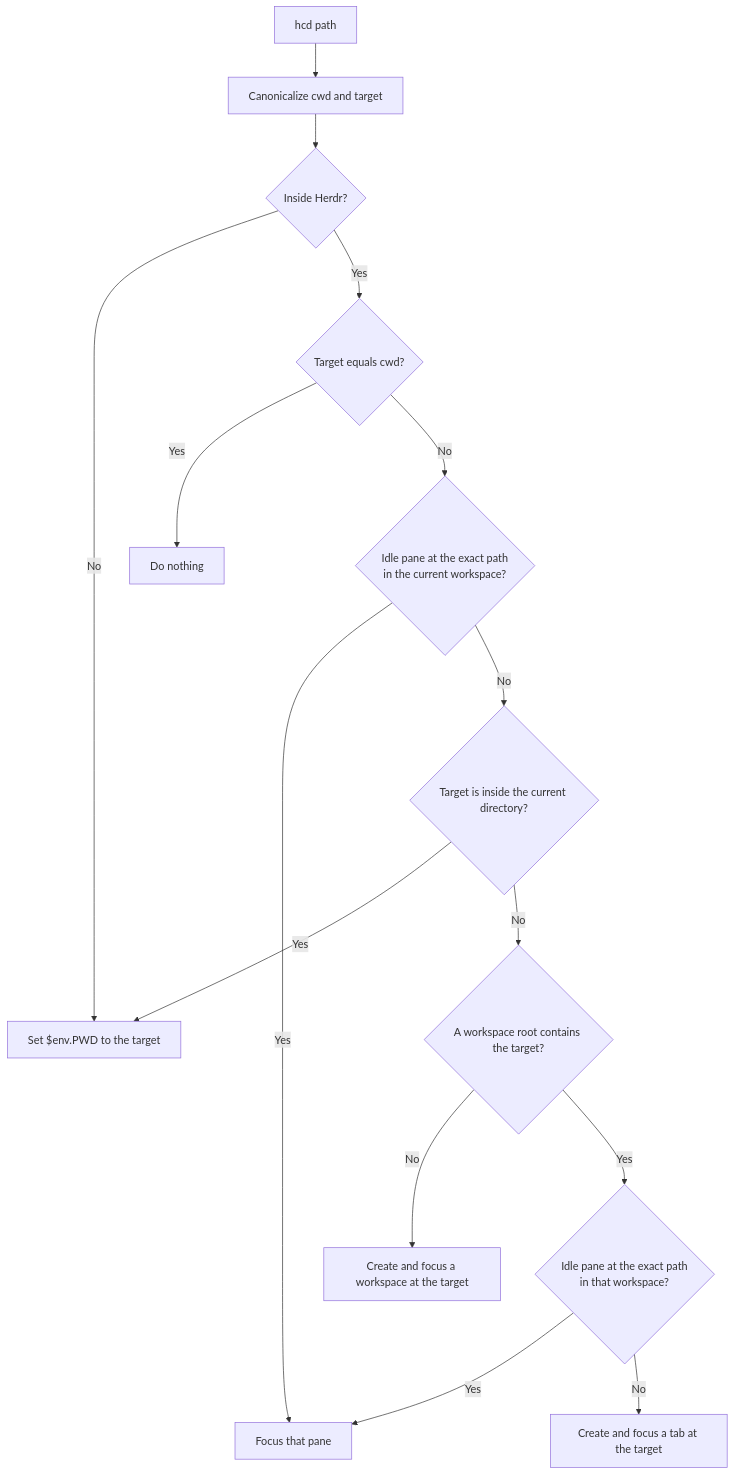
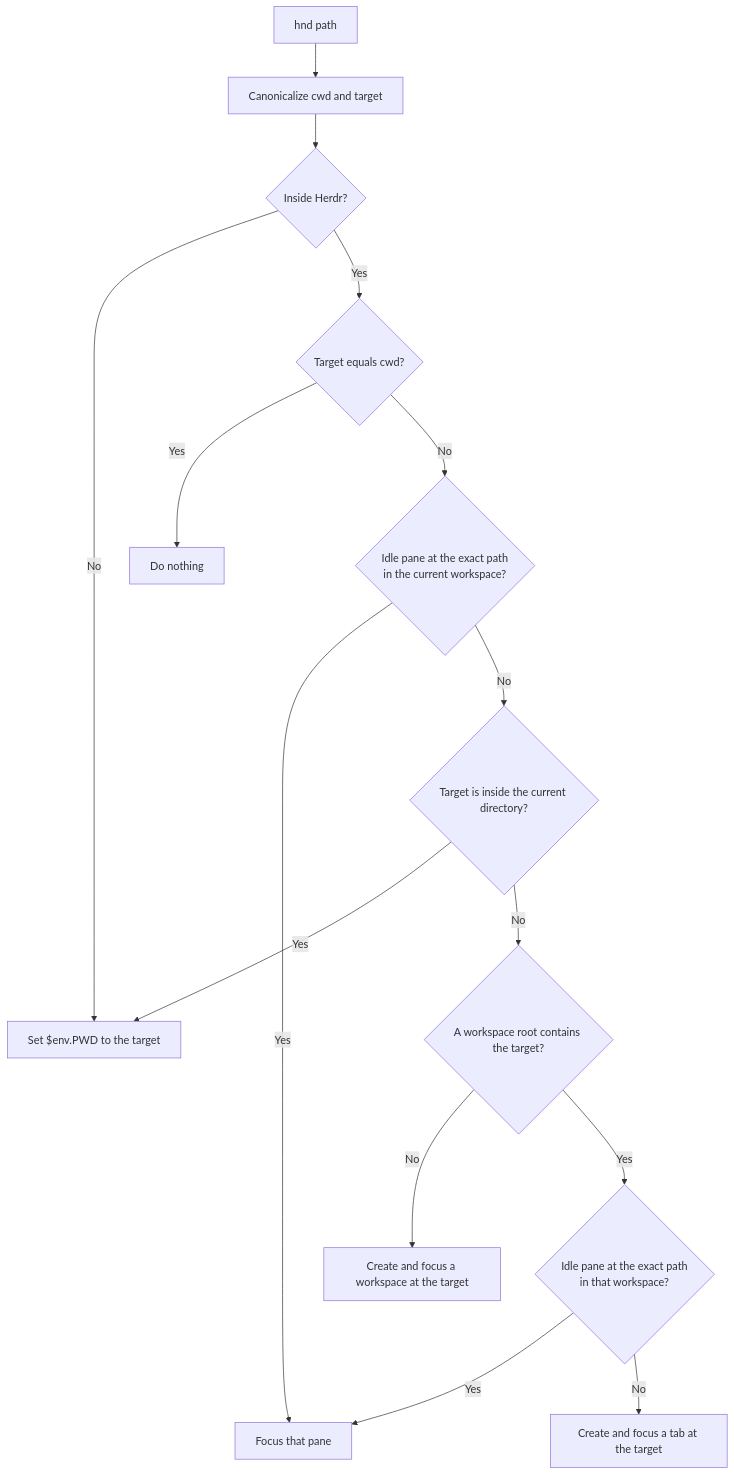
One commit to chuang861012/nu_herdr_navigate_directory changed the diagram in README.md. Above: the diagram before and after it, drawn with Mermaid. The commit also changed other lines of this file and 21 other files, not shown here.

First line of the commit message:
refactor: rename herdr_cd to herdr_navigate_directory and hcd to hnd (#5)

````diff
--- a/README.md
+++ b/README.md
@@ -74,17 +76,17 @@
 ```mermaid
 flowchart TD
-    A[hcd path] --> B[Canonicalize cwd and target]
+    A[hnd path] --> B[Canonicalize cwd and target]
     B --> C{Inside Herdr?}
     C -->|No| D[Set $env.PWD to the target]
     C -->|Yes| H{Target equals cwd?}
     H -->|Yes| N[Do nothing]
     H -->|No| I{Idle pane at the exact path<br/>in the current workspace?}
     I -->|Yes| J[Focus that pane]
     I -->|No| K{Target is inside the current directory?}
     K -->|Yes| D
     K -->|No| L{A workspace root contains the target?}
     L -->|No| M[Create and focus a workspace at the target]
     L -->|Yes| O{Idle pane at the exact path<br/>in that workspace?}
     O -->|Yes| J
     O -->|No| P[Create and focus a tab at the target]
 ```
````
